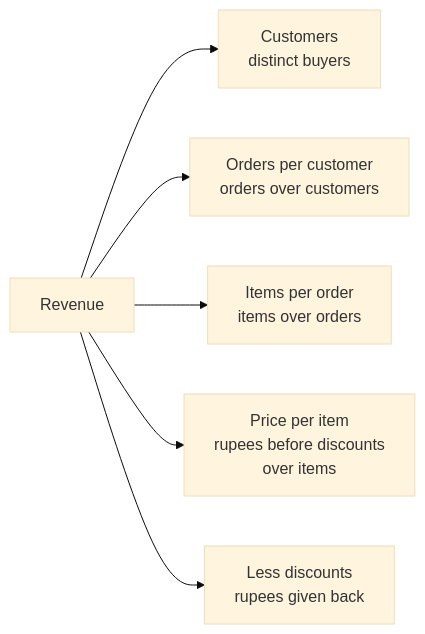
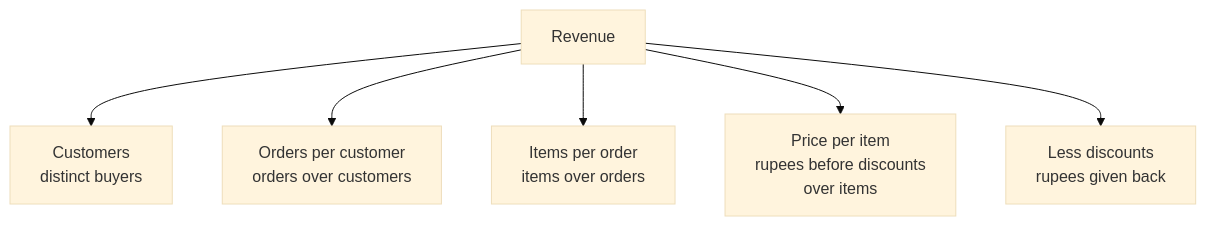
One commit to fde-academy-lab/c2-content-factory changed the first of 6 diagrams in content/W01/SAT/paper/C2_W01_SAT_recap_paper_STUDENT.md. Above: the diagram before and after it, drawn with Mermaid (base theme). The commit also changed 4 other files, not shown here.

````diff
--- a/content/W01/SAT/paper/C2_W01_SAT_recap_paper_STUDENT.md
+++ b/content/W01/SAT/paper/C2_W01_SAT_recap_paper_STUDENT.md
@@ -53,8 +53,8 @@
 ```mermaid
-flowchart LR
+flowchart TB
   R["Revenue"] --> C["Customers<br/>distinct buyers"]
   R --> F["Orders per customer<br/>orders over customers"]
   R --> I["Items per order<br/>items over orders"]
   R --> P["Price per item<br/>rupees before discounts<br/>over items"]
   R --> D["Less discounts<br/>rupees given back"]
 ```
````
